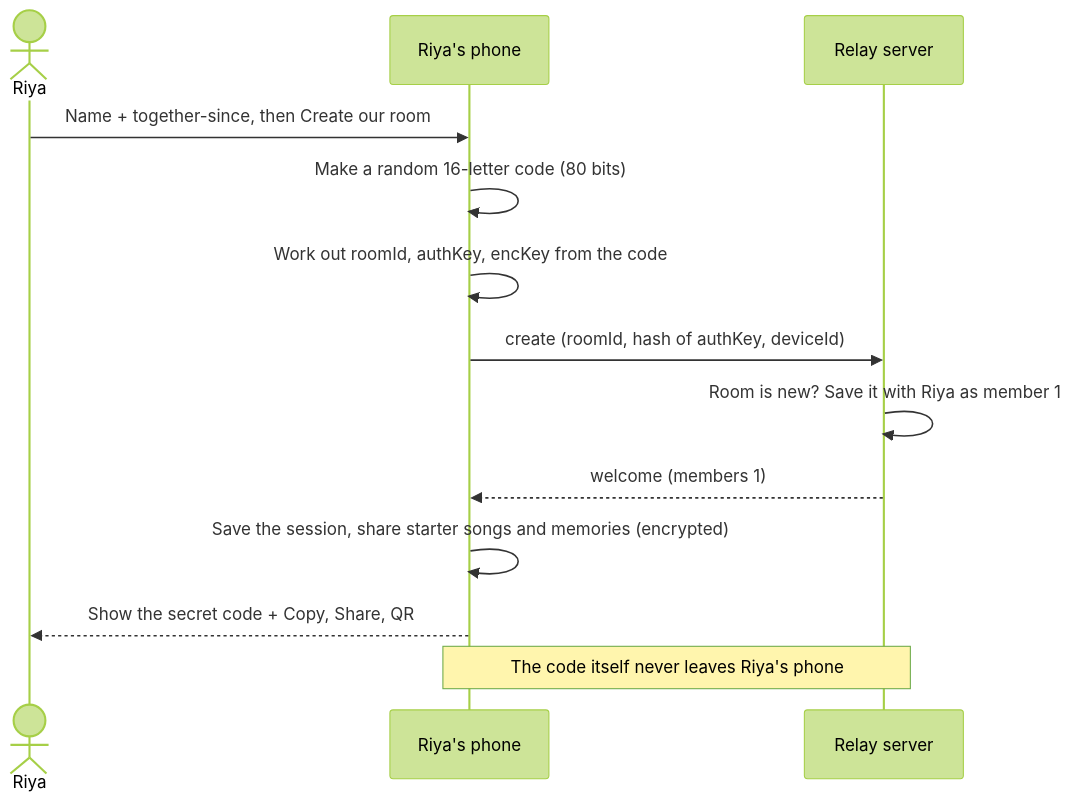
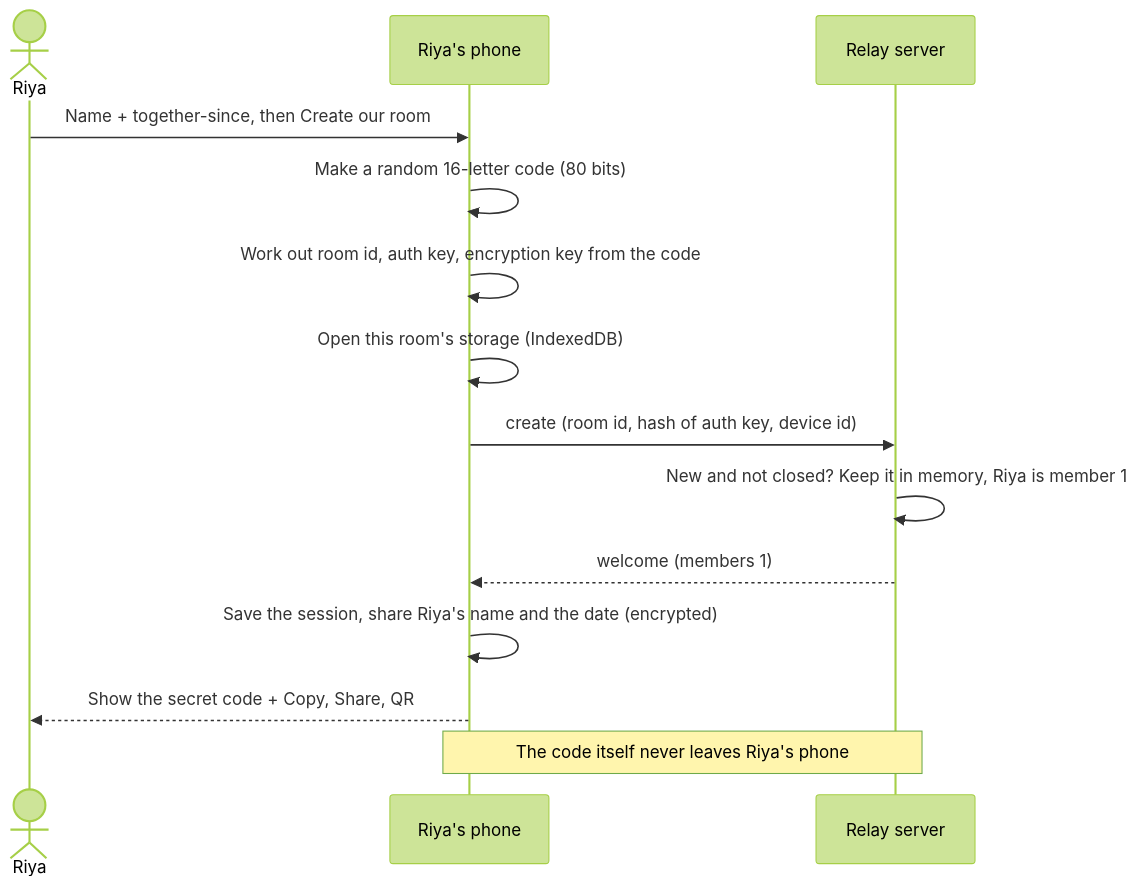
The second of 27 diagrams in front-end/doc/04-flowcharts.md (silent-coder-dev/private-space), drawn with Mermaid (forest theme) before and after one commit. The commit also changed other lines of this file and 144 other files, not shown here.

````diff
--- a/front-end/doc/04-flowcharts.md
+++ b/front-end/doc/04-flowcharts.md
@@ -56,15 +48,16 @@
 ```mermaid
 sequenceDiagram
     actor Riya
     participant App as Riya's phone
     participant Relay as Relay server
     Riya->>App: Name + together-since, then Create our room
     App->>App: Make a random 16-letter code (80 bits)
-    App->>App: Work out roomId, authKey, encKey from the code
-    App->>Relay: create (roomId, hash of authKey, deviceId)
-    Relay->>Relay: Room is new? Save it with Riya as member 1
+    App->>App: Work out room id, auth key, encryption key from the code
+    App->>App: Open this room's storage (IndexedDB)
+    App->>Relay: create (room id, hash of auth key, device id)
+    Relay->>Relay: New and not closed? Keep it in memory, Riya is member 1
     Relay-->>App: welcome (members 1)
-    App->>App: Save the session, share starter songs and memories (encrypted)
+    App->>App: Save the session, share Riya's name and the date (encrypted)
     App-->>Riya: Show the secret code + Copy, Share, QR
     Note over App,Relay: The code itself never leaves Riya's phone
 ```
````
